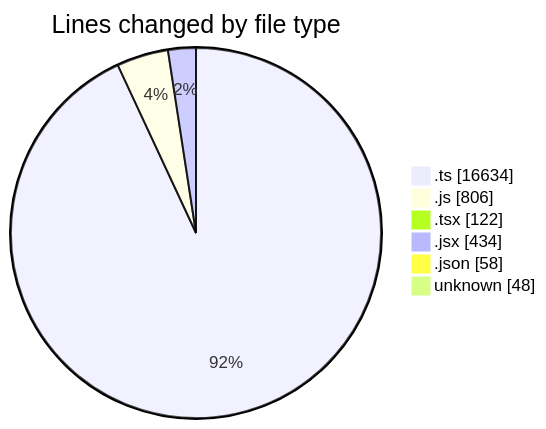
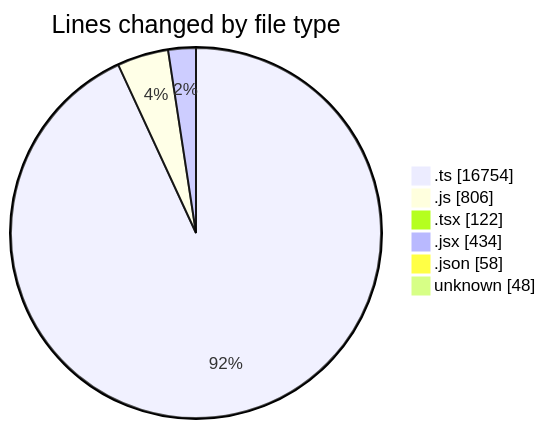
One commit to momahboobian/code-tracking changed the first of 2 diagrams in 2025-11-12/cda/README.md. Above: the diagram before and after it, drawn with Mermaid. The commit also changed other lines of this file and 1 other file, not shown here.

````diff
--- a/2025-11-12/cda/README.md
+++ b/2025-11-12/cda/README.md
@@ -35,10 +35,10 @@
 ```mermaid
 pie showData
 title Lines changed by file type
-".ts" : 16634
+".ts" : 16754
 ".js" : 806
 ".tsx" : 122
 ".jsx" : 434
 ".json" : 58
 "unknown" : 48
 ```
````
